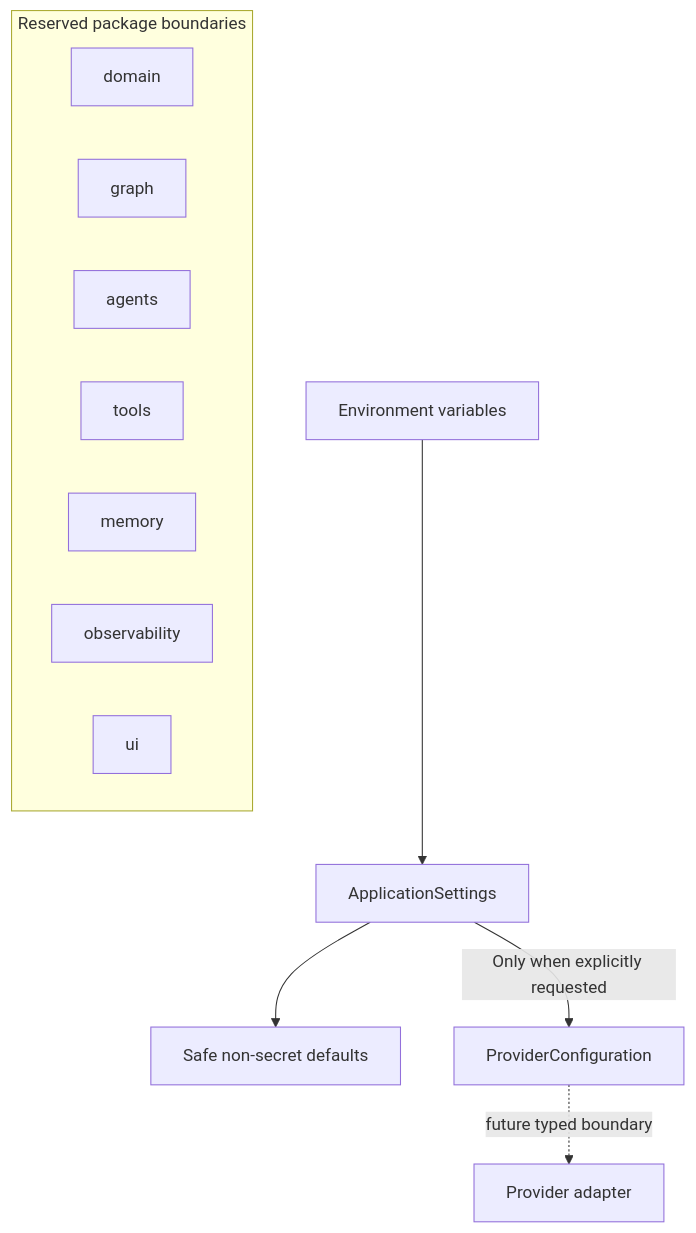
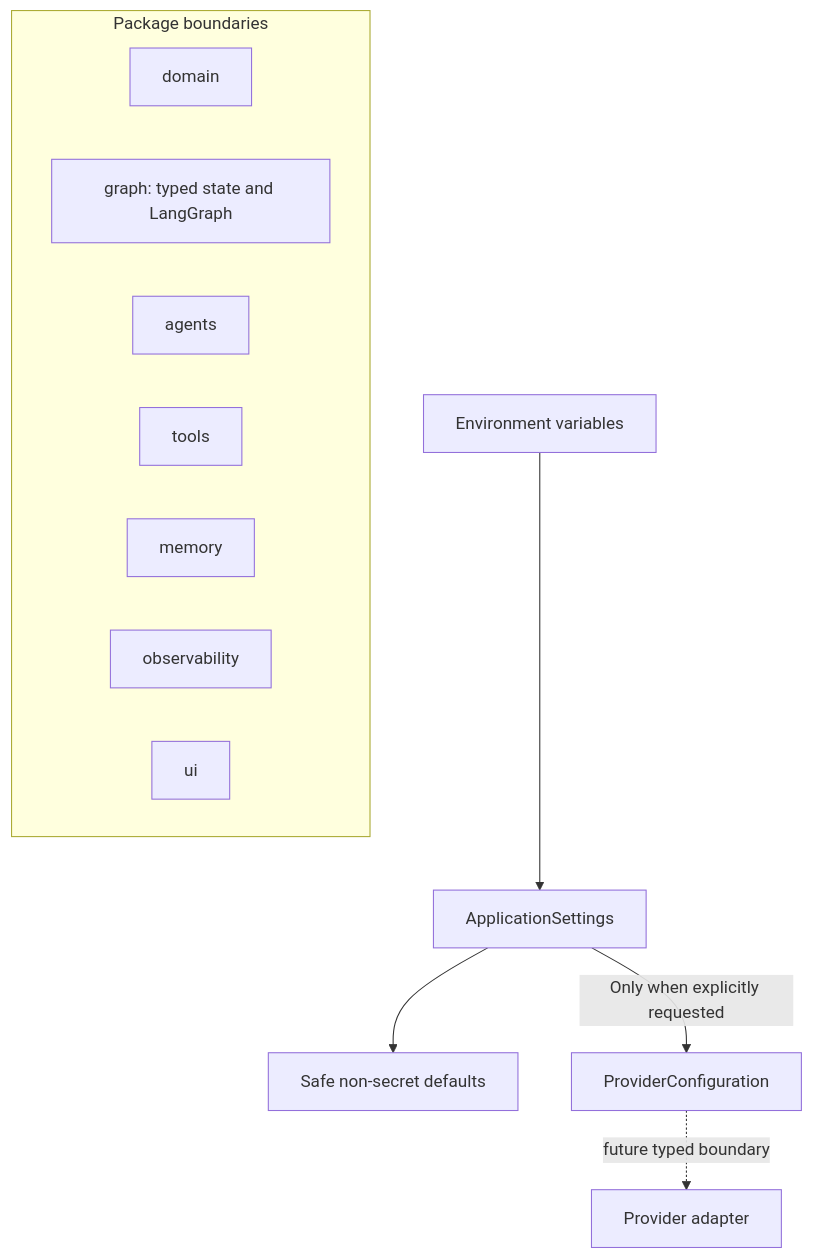
The fifth of 7 diagrams in projects/scholar-path/docs/architecture.md (shanly-rajan/ai-builder), drawn with Mermaid before and after one commit. The commit also changed other lines of this file and 18 other files, not shown here.

````diff
--- a/projects/scholar-path/docs/architecture.md
+++ b/projects/scholar-path/docs/architecture.md
@@ -69,17 +153,17 @@
 ```mermaid
 flowchart TB
     ENV[Environment variables] --> CFG[ApplicationSettings]
     CFG --> DEFAULTS[Safe non-secret defaults]
     CFG -->|Only when explicitly requested| PC[ProviderConfiguration]
     PC -. future typed boundary .-> ADAPTER[Provider adapter]
 
-    subgraph Reserved package boundaries
+    subgraph Package boundaries
         DOMAIN[domain]
-        GRAPH[graph]
+        GRAPH[graph: typed state and LangGraph]
         AGENTS[agents]
         TOOLS[tools]
         MEMORY[memory]
         OBS[observability]
         UI[ui]
     end
 ```
````
